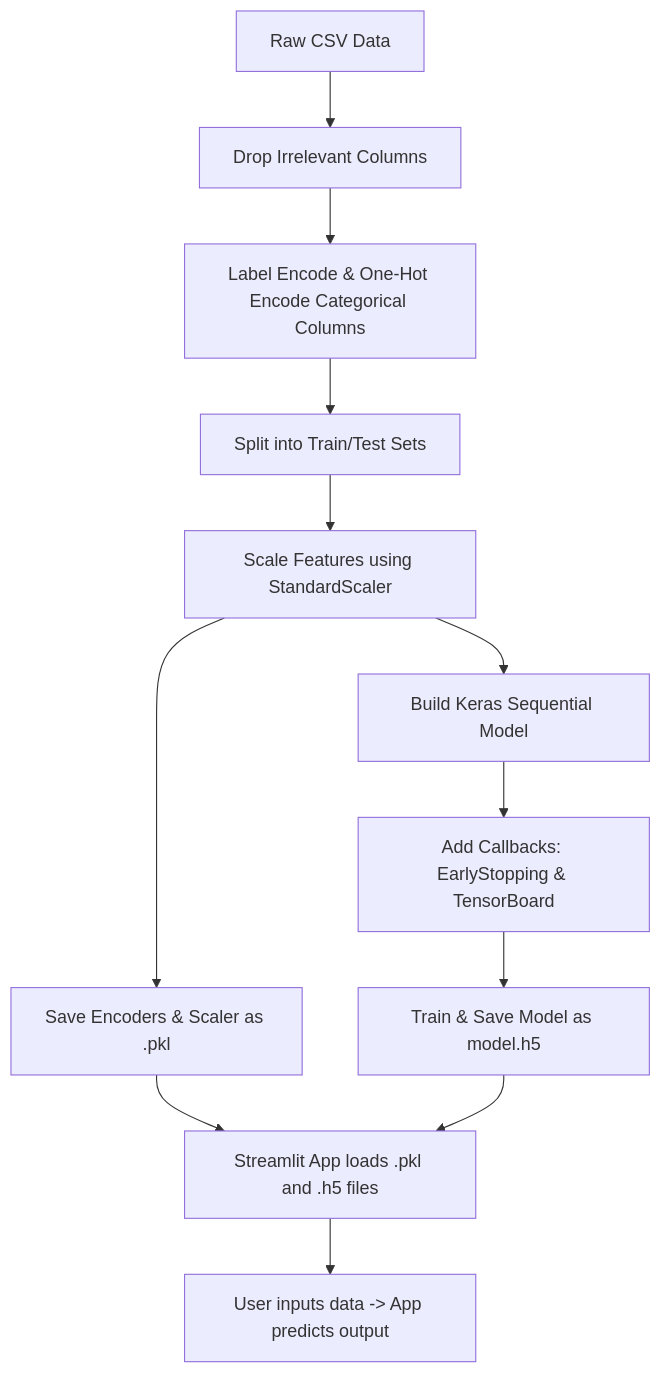
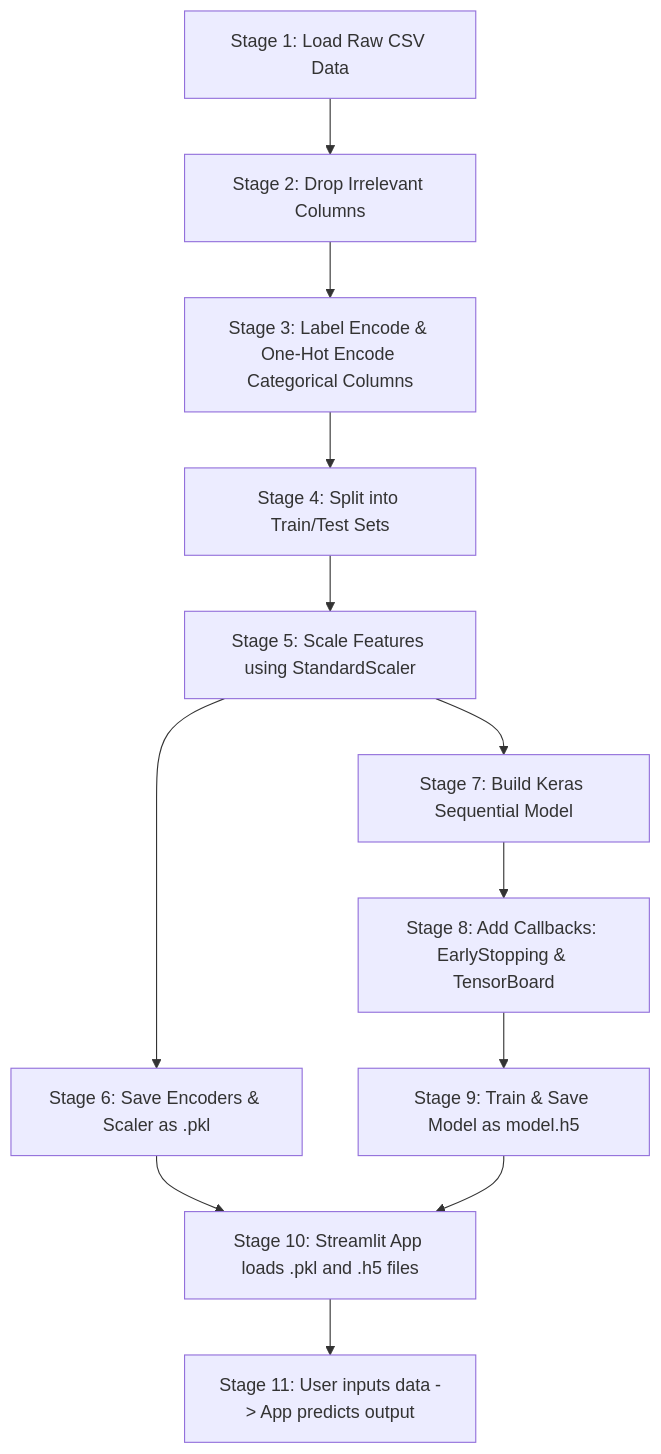
Before and after one commit to moonstruck2003/ai-kernel: the diagram in krish-naik/11 - ANN Project Implementation/ann_project_cheatsheet.md, drawn with Mermaid. The commit also changed other lines of this file and 3 other files, not shown here.

````diff
--- a/krish-naik/11 - ANN Project Implementation/ann_project_cheatsheet.md
+++ b/krish-naik/11 - ANN Project Implementation/ann_project_cheatsheet.md
@@ -17,14 +17,14 @@
 ```mermaid
 graph TD
-    A[Raw CSV Data] --> B[Drop Irrelevant Columns]
-    B --> C[Label Encode & One-Hot Encode Categorical Columns]
-    C --> D[Split into Train/Test Sets]
-    D --> E[Scale Features using StandardScaler]
-    E --> F[Save Encoders & Scaler as .pkl]
-    E --> G[Build Keras Sequential Model]
-    G --> H[Add Callbacks: EarlyStopping & TensorBoard]
-    H --> I[Train & Save Model as model.h5]
-    F --> J[Streamlit App loads .pkl and .h5 files]
-    I --> J
-    J --> K[User inputs data -> App predicts output]
+    Stage1[Stage 1: Load Raw CSV Data] --> Stage2[Stage 2: Drop Irrelevant Columns]
+    Stage2 --> Stage3[Stage 3: Label Encode & One-Hot Encode Categorical Columns]
+    Stage3 --> Stage4[Stage 4: Split into Train/Test Sets]
+    Stage4 --> Stage5[Stage 5: Scale Features using StandardScaler]
+    Stage5 --> Stage6[Stage 6: Save Encoders & Scaler as .pkl]
+    Stage5 --> Stage7[Stage 7: Build Keras Sequential Model]
+    Stage7 --> Stage8[Stage 8: Add Callbacks: EarlyStopping & TensorBoard]
+    Stage8 --> Stage9[Stage 9: Train & Save Model as model.h5]
+    Stage6 --> Stage10[Stage 10: Streamlit App loads .pkl and .h5 files]
+    Stage9 --> Stage10
+    Stage10 --> Stage11[Stage 11: User inputs data -> App predicts output]
 ```
````
